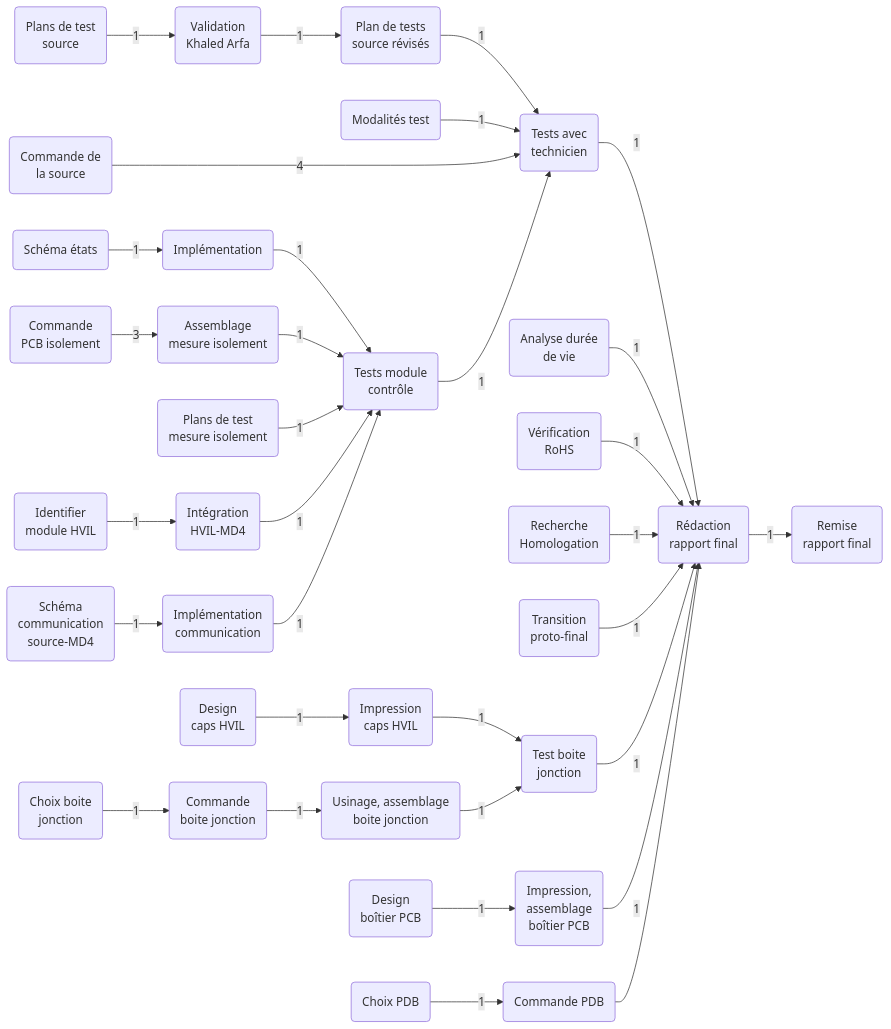
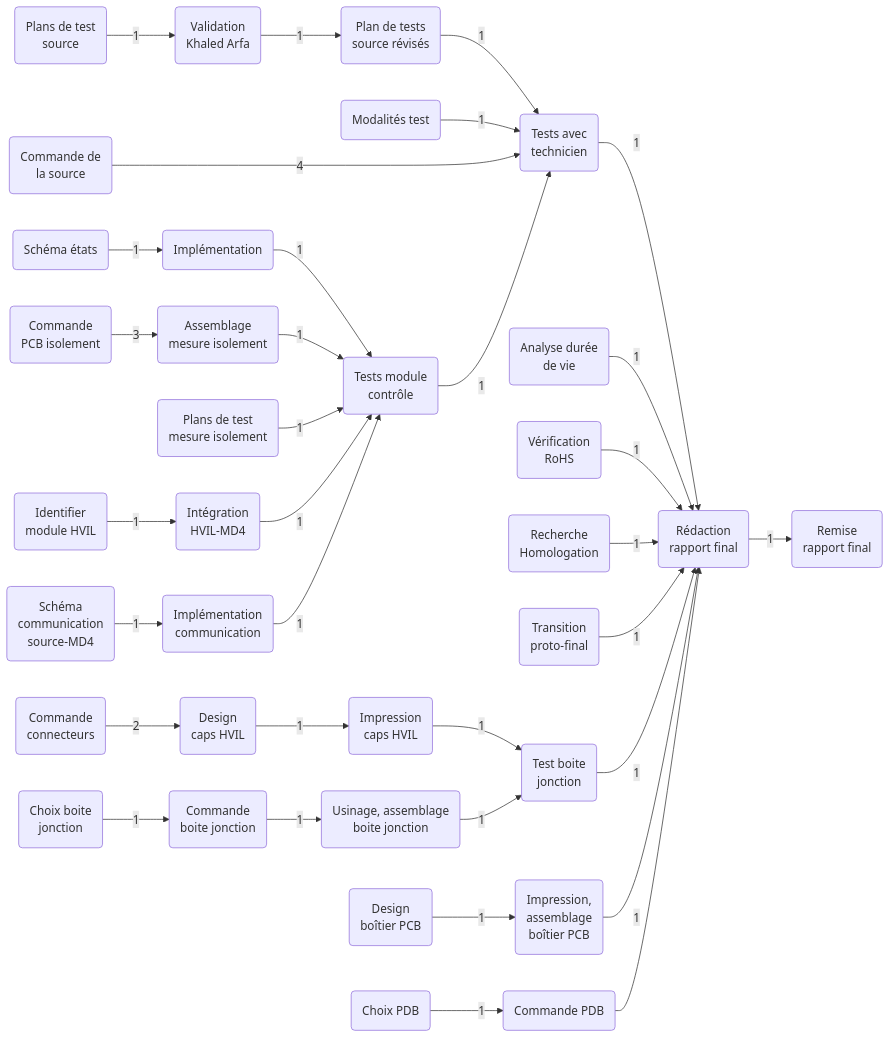
The first of 4 diagrams in README.md (felax/OUTILLAGE), drawn with Mermaid before and after one commit.

````diff
--- a/README.md
+++ b/README.md
@@ -2,39 +2,39 @@
 ``` mermaid
 graph LR
     A(Plans de test<br>source) --> |1| B(Validation<br>Khaled Arfa)
     B --> |1| C(Plan de tests <br>source révisés)
     C --> |1| D(Tests avec<br>technicien)
     E(Modalités test) --> |1| D
     F(Commande de <br>la source) ----> |4| D
     D --> |1| G
 
     H(Analyse durée<br>de vie) --> |1| G(Rédaction <br> rapport final)
     I(Vérification<br>RoHS) --> |1| G
     J(Recherche <br> Homologation) --> |1| G
     K(Transition <br> proto-final) --> |1| G
 
     L(Schéma états) --> |1| M(Implémentation)
     M --> |1| N(Tests module <br> contrôle)
     N --> |1| D
     g(Commande <br> PCB isolement) -->|3| O
     O(Assemblage <br> mesure isolement) --> |1| N
     P(Plans de test <br> mesure isolement) --> |1| N
     Q(Identifier <br> module HVIL) --> |1| R(Intégration <br> HVIL-MD4)
     R --> |1| N
     S(Schéma <br> communication <br> source-MD4) --> |1| T(Implémentation <br> communication)
     T --> |1| N
 
-    U(Design <br> caps HVIL) --> |1| V(Impression <br> caps HVIL)
+    h(Commande <br> connecteurs) --> |2| U(Design <br> caps HVIL) --> |1| V(Impression <br> caps HVIL)
     V --> |1| Y(Test boite <br> jonction)
     W(Usinage, assemblage <br> boite jonction) --> |1| Y
     e(Choix boite <br>jonction) --> |1| f(Commande <br> boite jonction)
     f --> |1| W
     Y --> |1| G
 
     Z(Design <br> boîtier PCB) --> |1| a(Impression, <br> assemblage <br> boîtier PCB)
     a --> |1| G
     b(Choix PDB) --> |1| c(Commande PDB)
     c --> G
 
     G --> |1| d(Remise <br> rapport final)
 ```
````
